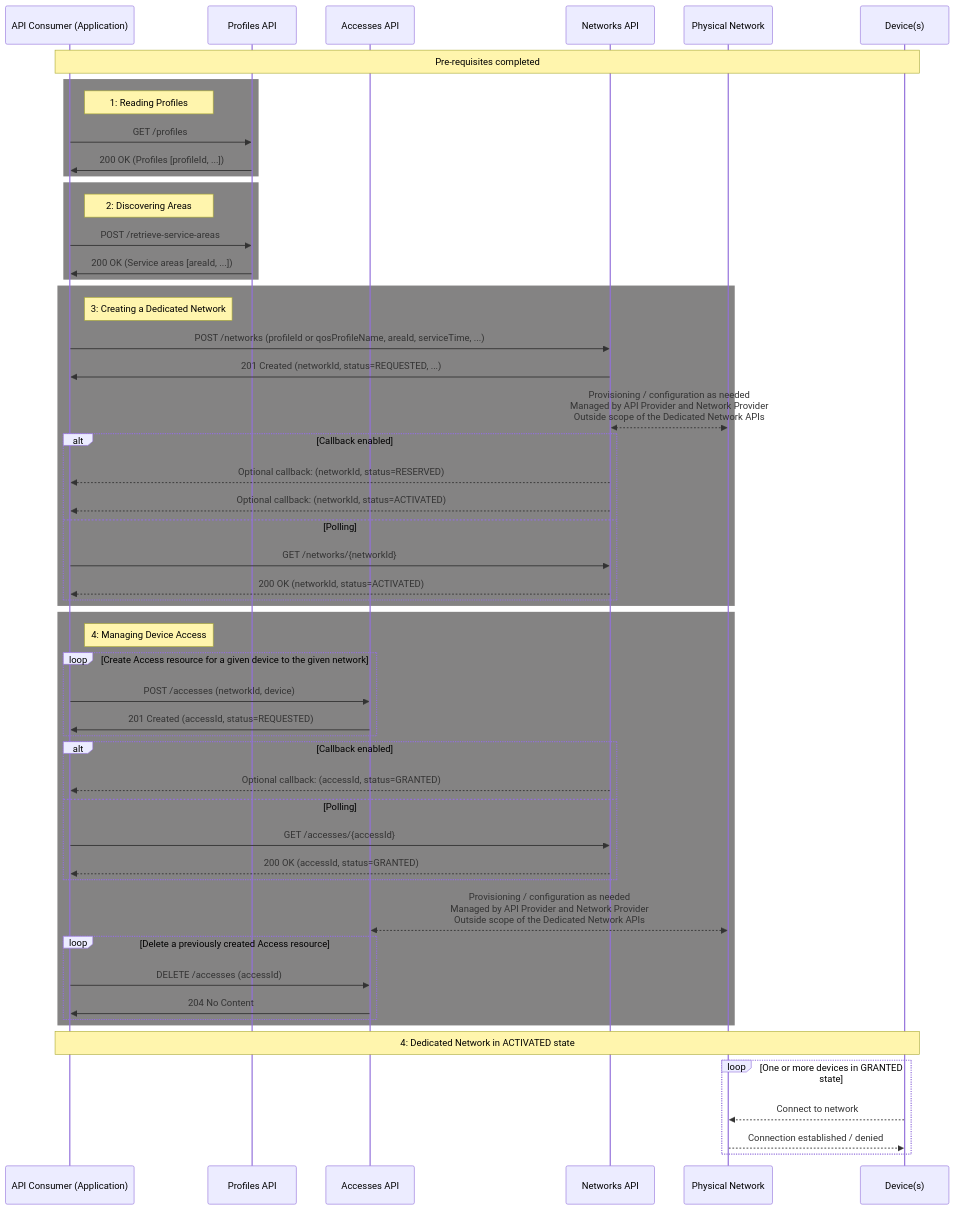
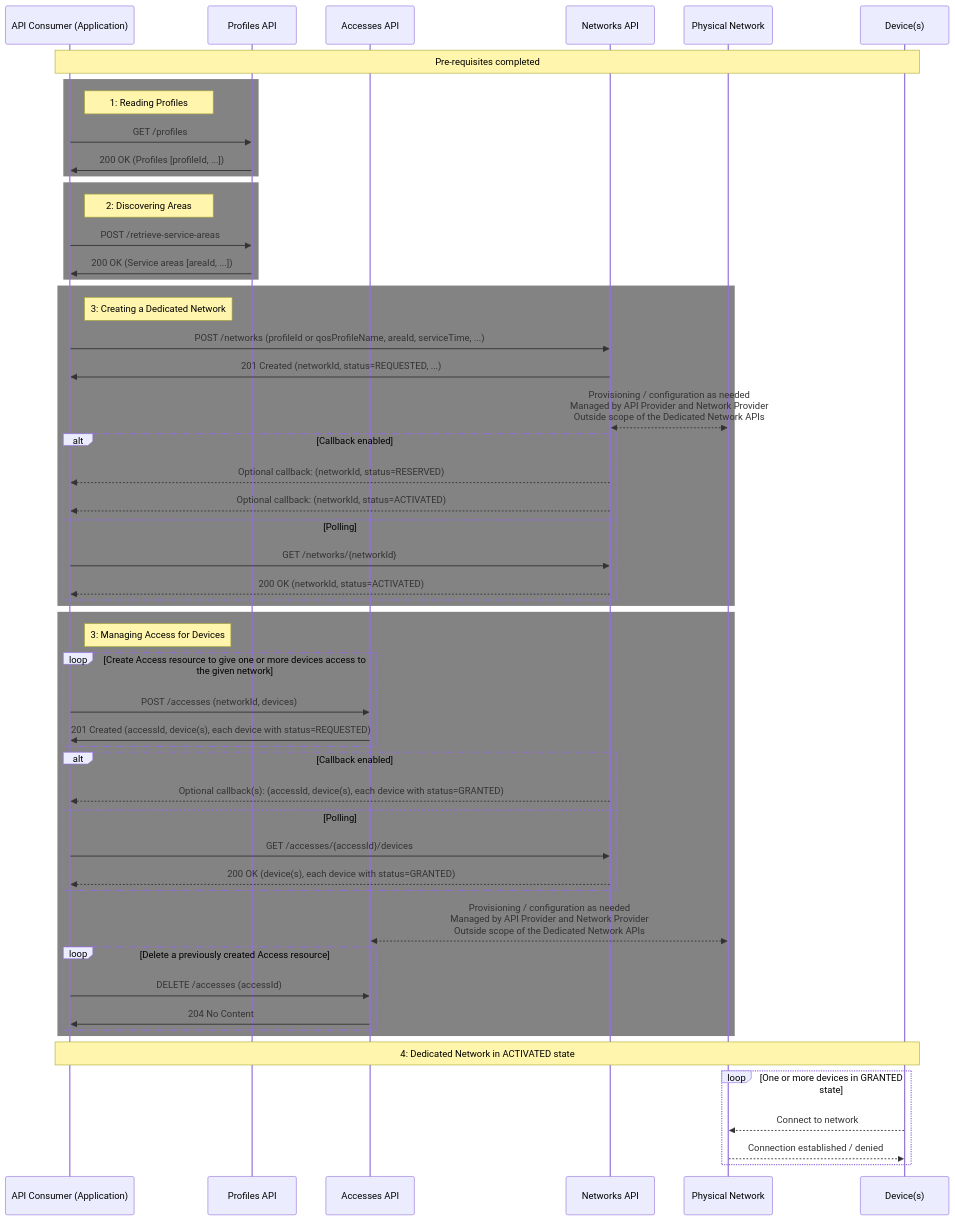
Before and after one commit to camaraproject/DedicatedNetworks: the second of 4 diagrams in documentation/API_documentation/DedicatedNetworks_GeneralDescription.md, drawn with Mermaid. The commit also changed other lines of this file and 1 other file, not shown here.

Commit message:
Support operations to manage access to dedicated network for multiple devices at a time

````diff
--- a/documentation/API_documentation/DedicatedNetworks_GeneralDescription.md
+++ b/documentation/API_documentation/DedicatedNetworks_GeneralDescription.md
@@ -103,61 +103,61 @@
 ```mermaid
 
 sequenceDiagram
     participant App as API Consumer (Application)
     participant P as Profiles API
     participant A as Areas API
     participant N as Networks API
     participant A as Accesses API
     participant Network as Physical Network
     participant D as Device(s)
     Note over App,D: Pre-requisites completed
 
     rect rgba(51, 49, 49, 0.6)
         note right of App: 1: Reading Profiles
         App->>P: GET /profiles
         P->>App: 200 OK (Profiles [profileId, ...])
     end
 
     rect rgba(51, 49, 49, 0.6)
         note right of App: 2: Discovering Areas
         App->>P: POST /retrieve-service-areas
         P->>App: 200 OK (Service areas [areaId, ...])
     end
 
     rect rgba(51, 49, 49, 0.6)
         note right of App: 3: Creating a Dedicated Network
         App->>N: POST /networks (profileId or qosProfileName, areaId, serviceTime, ...)
         N->>App: 201 Created (networkId, status=REQUESTED, ...)
          N <<-->> Network: Provisioning / configuration as needed<br> Managed by API Provider and Network Provider<br>  Outside scope of the Dedicated Network APIs
         alt Callback enabled
             N-->>App: Optional callback: (networkId, status=RESERVED)
             N-->>App: Optional callback: (networkId, status=ACTIVATED)
         else Polling
             App->>N: GET /networks/{networkId}
             N-->>App: 200 OK (networkId, status=ACTIVATED)
         end
     end
     rect rgba(51, 49, 49, 0.6)
-        note right of App: 4: Managing Device Access
-        loop Create Access resource for a given device to the given network
-            App->>A: POST /accesses (networkId, device)
-            A->>App: 201 Created (accessId, status=REQUESTED)
+        note right of App: 3: Managing Access for Devices
+        loop Create Access resource to give one or more devices access to the given network
+            App->>A: POST /accesses (networkId, devices)
+            A->>App: 201 Created (accessId, device(s), each device with status=REQUESTED)
         end
         alt Callback enabled
-            N-->>App: Optional callback: (accessId, status=GRANTED)
+            N-->>App: Optional callback(s): (accessId, device(s), each device with status=GRANTED)
         else Polling
-            App->>N: GET /accesses/{accessId}
-            N-->>App: 200 OK (accessId, status=GRANTED)
+            App->>N: GET /accesses/{accessId}/devices
+            N-->>App: 200 OK (device(s), each device with status=GRANTED)
         end
         A <<-->> Network: Provisioning / configuration as needed<br> Managed by API Provider and Network Provider<br>  Outside scope of the Dedicated Network APIs
         loop Delete a previously created Access resource
             App->>A: DELETE /accesses (accessId)
             A->>App: 204 No Content
         end
     end
     Note over App,D: 4: Dedicated Network in ACTIVATED state
     loop One or more devices in GRANTED state
         D-->>Network: Connect to network
         Network-->>D: Connection established / denied
     end
 ```
````
